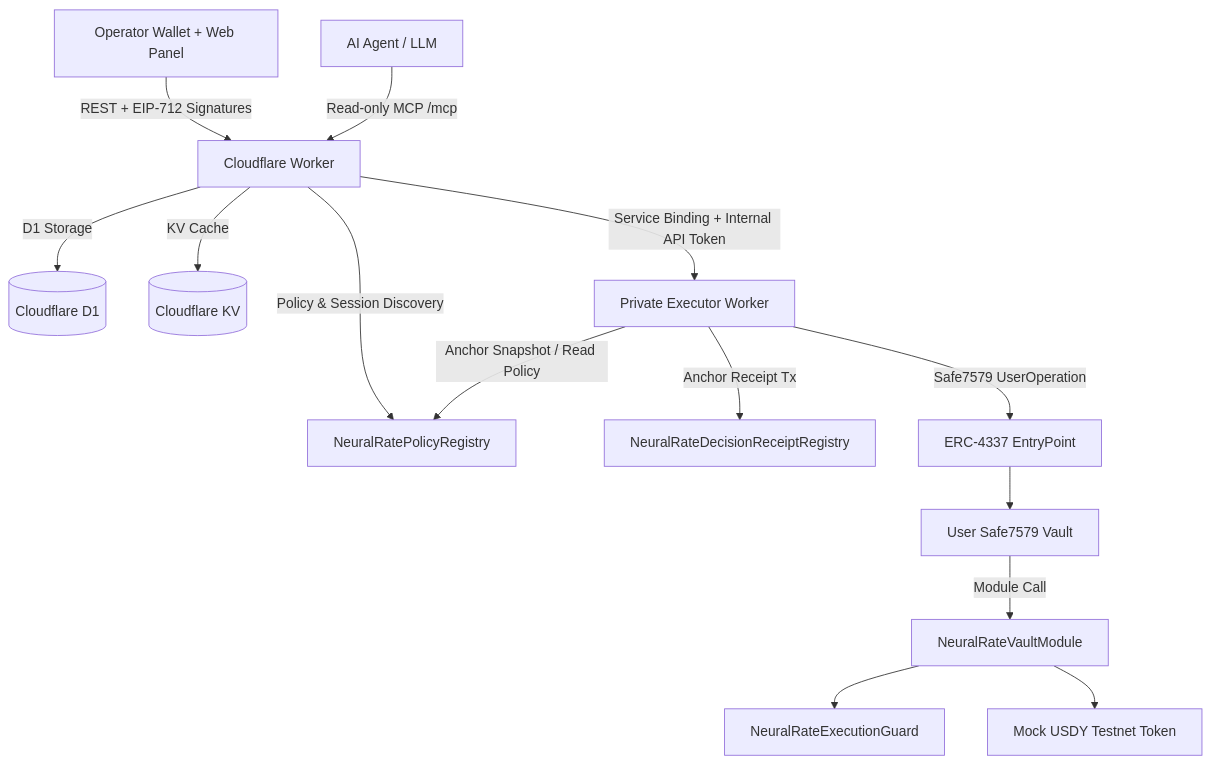
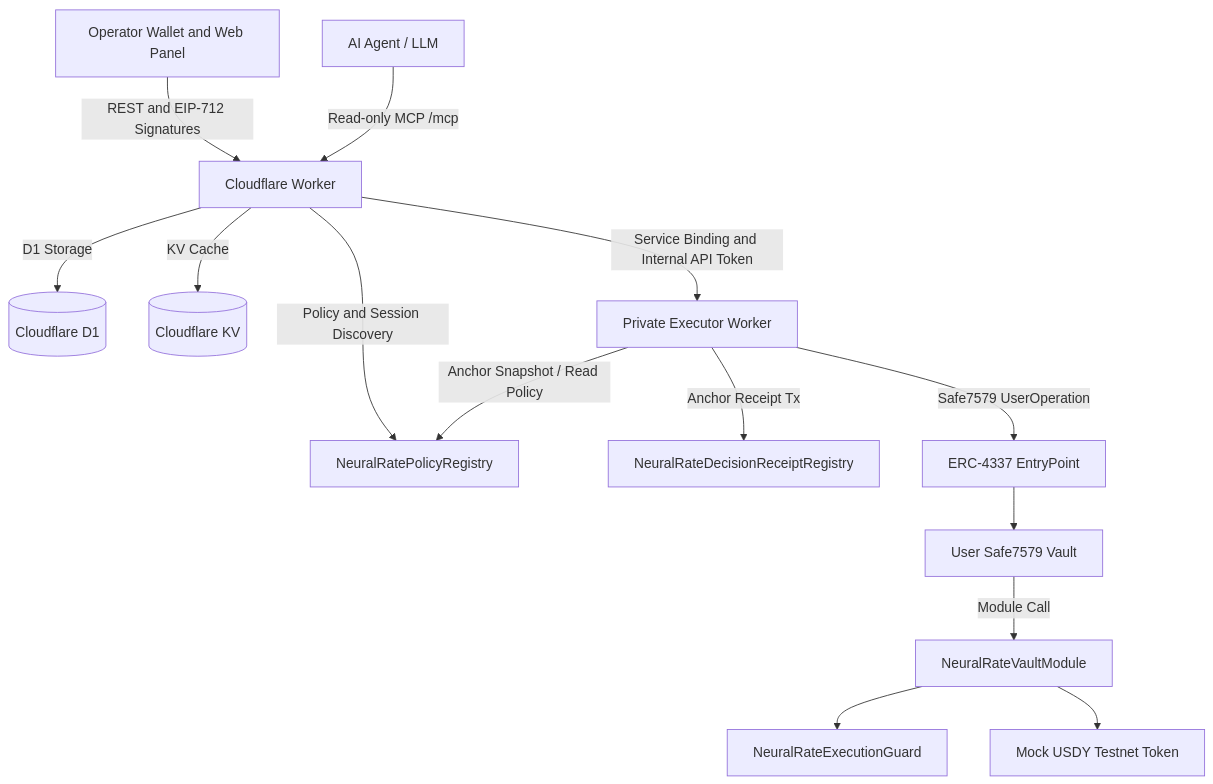
The diagram in README.md (Lipe-lx/NeuralRate-MCP), drawn with Mermaid before and after one commit.

````diff
--- a/README.md
+++ b/README.md
@@ -26,16 +26,16 @@
 ```mermaid
-graph TD
-    User[Operator Wallet + Web Panel] -->|REST + EIP-712 Signatures| Worker[Cloudflare Worker]
+flowchart TD
+    User[Operator Wallet and Web Panel] -->|REST and EIP-712 Signatures| Worker[Cloudflare Worker]
     Agent[AI Agent / LLM] -->|Read-only MCP /mcp| Worker
     Worker -->|D1 Storage| D1[(Cloudflare D1)]
     Worker -->|KV Cache| KV[(Cloudflare KV)]
-    Worker -->|Service Binding + Internal API Token| Executor[Private Executor Worker]
-    Worker -->|Policy & Session Discovery| PolicyRegistry[NeuralRatePolicyRegistry]
+    Worker -->|Service Binding and Internal API Token| Executor[Private Executor Worker]
+    Worker -->|Policy and Session Discovery| PolicyRegistry[NeuralRatePolicyRegistry]
     Executor -->|Anchor Snapshot / Read Policy| PolicyRegistry
     Executor -->|Anchor Receipt Tx| ReceiptRegistry[NeuralRateDecisionReceiptRegistry]
     Executor -->|Safe7579 UserOperation| EntryPoint[ERC-4337 EntryPoint]
     EntryPoint --> Safe[User Safe7579 Vault]
     Safe -->|Module Call| VaultModule[NeuralRateVaultModule]
     VaultModule --> Guard[NeuralRateExecutionGuard]
     VaultModule --> MockUSDY[Mock USDY Testnet Token]
 ```
````
